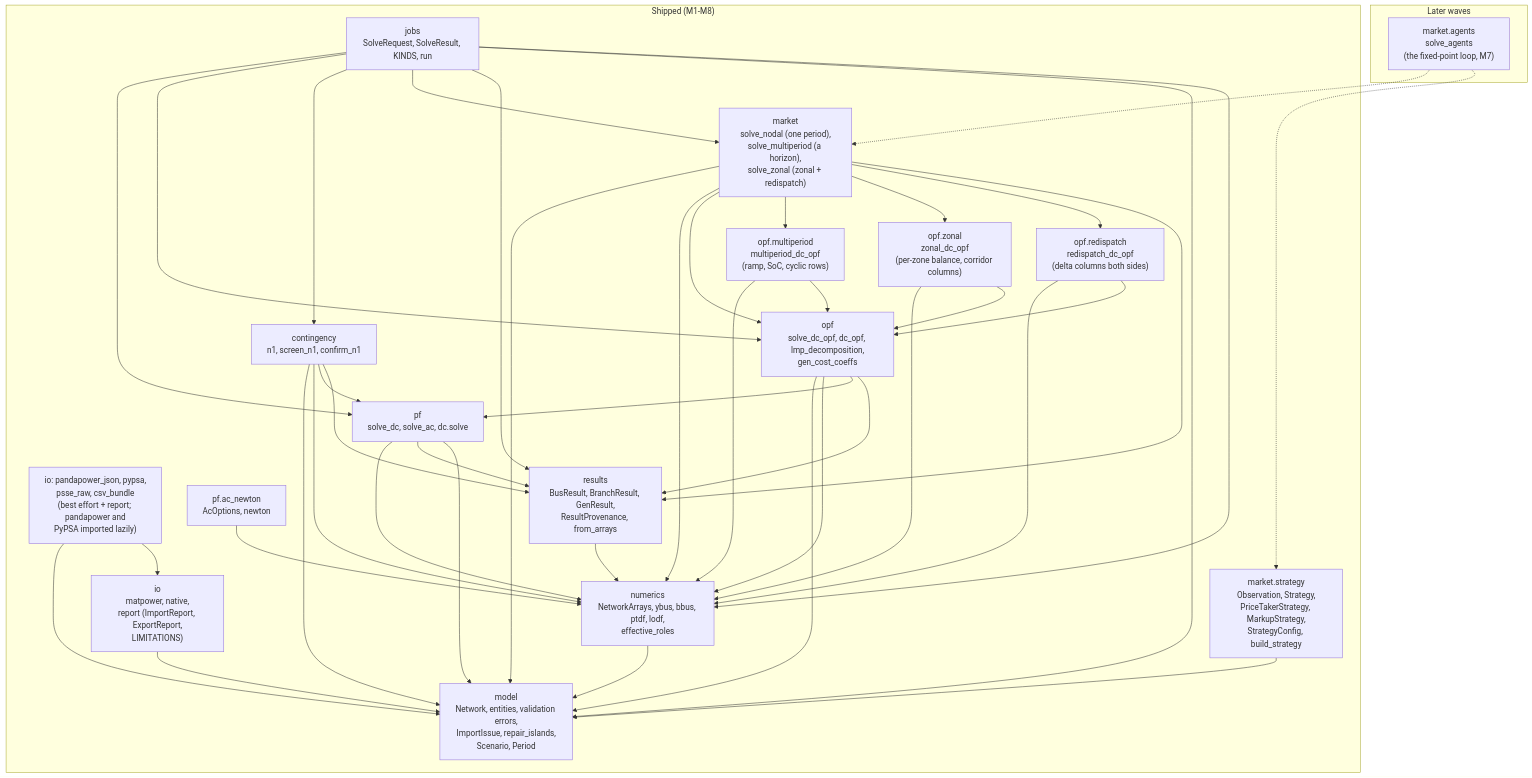
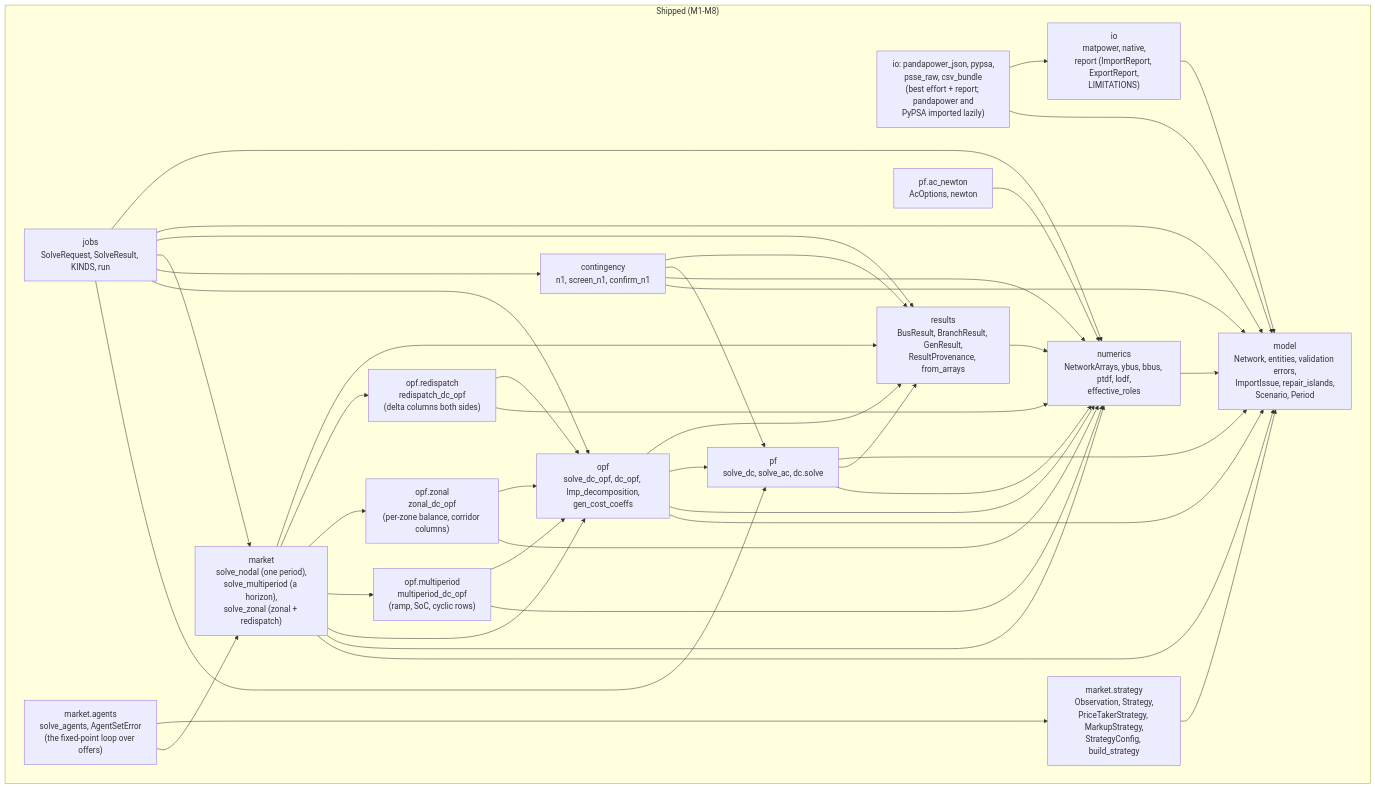
Before and after one commit to mambo10005/mambo-power: the first of 2 diagrams in docs/design/architecture.md, drawn with Mermaid.

Commit message:
docs(m8): architecture — market.agents is shipped (M7), not a later wave
Left over from M7's docs slice; noticed by S6 outside its ownership.

Claude-Session: https://claude.ai/code/session_01MSHrj6FSo9yVeRvfu1ysUd

````diff
--- a/docs/design/architecture.md
+++ b/docs/design/architecture.md
@@ -13,64 +13,62 @@
 ```mermaid
 flowchart TB
     subgraph present["Shipped (M1-M8)"]
         model["model<br/>Network, entities, validation errors,<br/>ImportIssue, repair_islands,<br/>Scenario, Period"]
         io["io<br/>matpower, native,<br/>report (ImportReport, ExportReport,<br/>LIMITATIONS)"]
         formats["io: pandapower_json, pypsa,<br/>psse_raw, csv_bundle<br/>(best effort + report; pandapower and<br/>PyPSA imported lazily)"]
         numerics["numerics<br/>NetworkArrays, ybus, bbus, ptdf, lodf,<br/>effective_roles"]
         pf["pf<br/>solve_dc, solve_ac, dc.solve"]
         ac["pf.ac_newton<br/>AcOptions, newton"]
         opf["opf<br/>solve_dc_opf, dc_opf, lmp_decomposition,<br/>gen_cost_coeffs"]
         opfmp["opf.multiperiod<br/>multiperiod_dc_opf<br/>(ramp, SoC, cyclic rows)"]
         opfz["opf.zonal<br/>zonal_dc_opf<br/>(per-zone balance, corridor columns)"]
         opfrd["opf.redispatch<br/>redispatch_dc_opf<br/>(delta columns both sides)"]
         contingency["contingency<br/>n1, screen_n1, confirm_n1"]
         market["market<br/>solve_nodal (one period),<br/>solve_multiperiod (a horizon),<br/>solve_zonal (zonal + redispatch)"]
         marketstrategy["market.strategy<br/>Observation, Strategy,<br/>PriceTakerStrategy, MarkupStrategy,<br/>StrategyConfig, build_strategy"]
+        marketagents["market.agents<br/>solve_agents, AgentSetError<br/>(the fixed-point loop over offers)"]
         results["results<br/>BusResult, BranchResult, GenResult,<br/>ResultProvenance, from_arrays"]
         jobs["jobs<br/>SolveRequest, SolveResult, KINDS, run"]
-    end
-    subgraph later["Later waves"]
-        marketlater["market.agents<br/>solve_agents<br/>(the fixed-point loop, M7)"]
     end
 
     io --> model
     formats --> model
     formats --> io
     numerics --> model
     pf --> numerics
     pf --> results
     pf --> model
     results --> numerics
     ac --> numerics
     opf --> model
     opf --> numerics
     opf --> pf
     opf --> results
     contingency --> model
     contingency --> numerics
     contingency --> pf
     contingency --> results
     market --> model
     market --> numerics
     market --> opf
     market --> opfmp
     market --> opfz
     market --> opfrd
     market --> results
     marketstrategy --> model
     opfmp --> numerics
     opfmp --> opf
     opfz --> numerics
     opfz --> opf
     opfrd --> numerics
     opfrd --> opf
     jobs --> pf
     jobs --> opf
     jobs --> contingency
     jobs --> market
     jobs --> results
     jobs --> model
     jobs --> numerics
-    marketlater -.-> market
-    marketlater -.-> marketstrategy
+    marketagents --> market
+    marketagents --> marketstrategy
 ```
````
